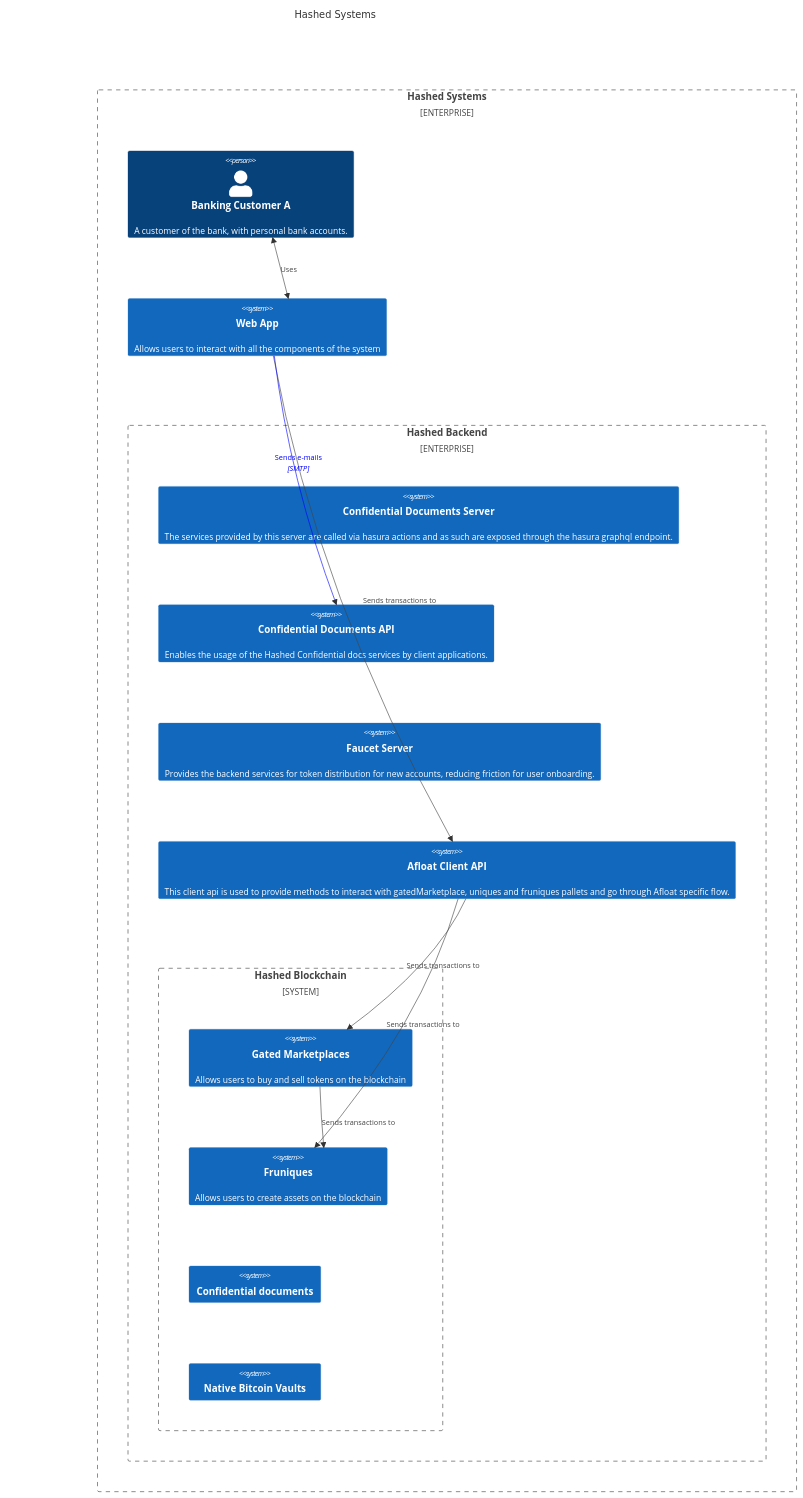
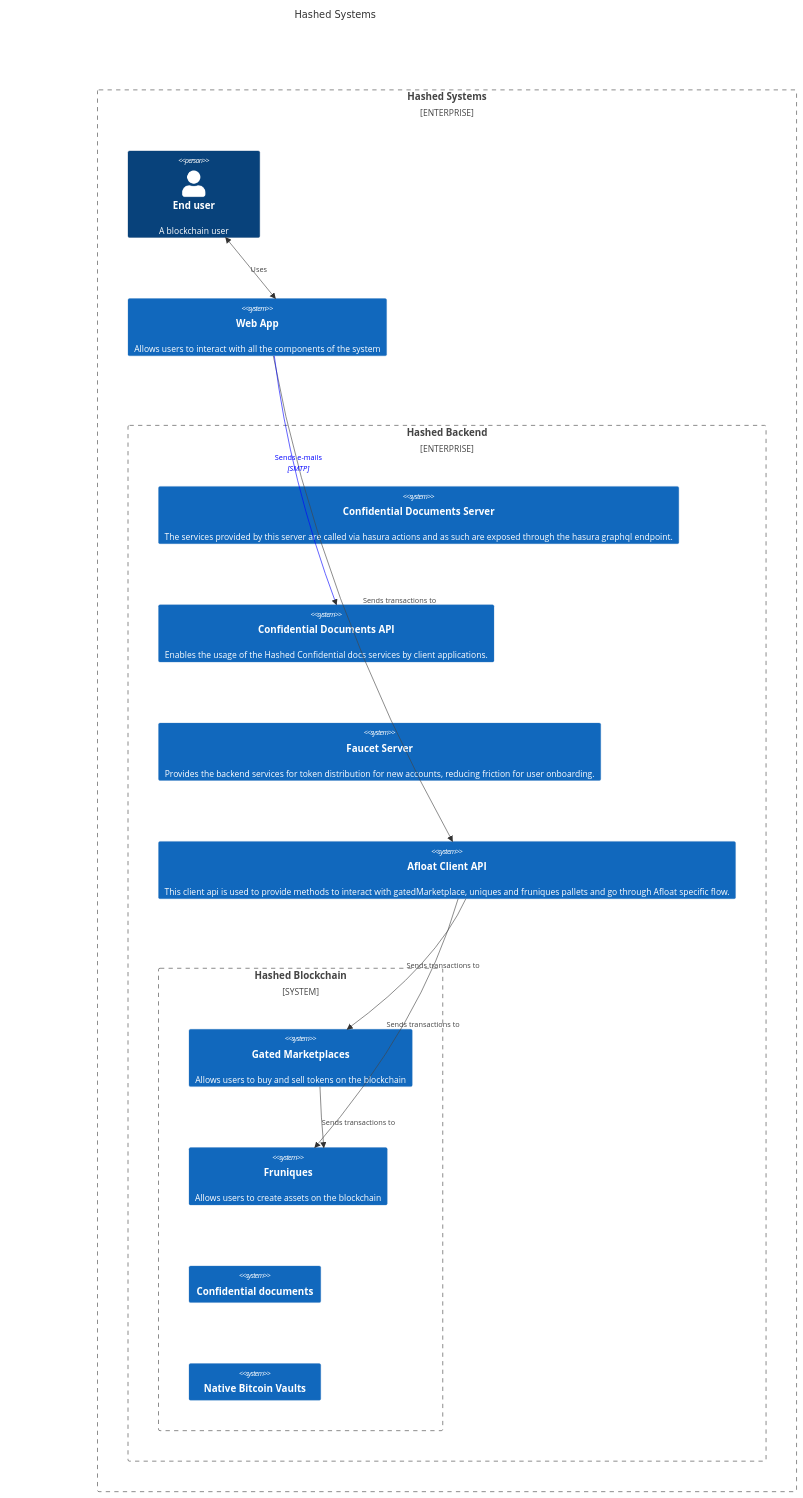
One commit to hashed-io/docs.hashed.network changed the diagram in docs/general_architecture.md. Above: the diagram before and after it, drawn with Mermaid.

Commit message:
Update name of docs

````diff
--- a/docs/general_architecture.md
+++ b/docs/general_architecture.md
@@ -8,43 +8,43 @@
 ```mermaid
     C4Context
       title Hashed Systems
       Enterprise_Boundary(b0, "Hashed Systems") {
-        Person(customerA, "Banking Customer A", "A customer of the bank, with personal bank accounts.")
+        Person(customerA, "End user", "A blockchain user")
 
         System(WebApp, "Web App", "Allows users to interact with all the components of the system")
 
         Enterprise_Boundary(b1, "Hashed Backend") {
 
           System(ConfidentialDocumentsServer, "Confidential Documents Server", "The services provided by this server are called via hasura actions and as such are exposed through the hasura graphql endpoint.")
 
           System(ConfidentialDocumentsAPI, "Confidential Documents API", "Enables the usage of the Hashed Confidential docs services by client applications.")
 
           System(FaucetServer, "Faucet Server", "Provides the backend services for token distribution for new accounts, reducing friction for user onboarding.")
 
           System(AfloatClientAPI, "Afloat Client API", "This client api is used to provide methods to interact with gatedMarketplace, uniques and fruniques pallets and go through Afloat specific flow.")
 
           System_Boundary(b2, "Hashed Blockchain") {
             System(GatedMarketplace, "Gated Marketplaces", "Allows users to buy and sell tokens on the blockchain")
             System(FruniquesPallet, "Fruniques", "Allows users to create assets on the blockchain")
             System(ConfidentialDocuments, "Confidential documents")
             System(NativeBitcoinVaults, "Native Bitcoin Vaults")
           }
 
         }
       }
 
       BiRel(customerA, WebApp, "Uses")
 
       Rel(WebApp, AfloatClientAPI, "Sends transactions to")
       Rel(AfloatClientAPI, GatedMarketplace, "Sends transactions to")
       Rel(AfloatClientAPI, FruniquesPallet, "Sends transactions to")
 
       Rel(WebApp, ConfidentialDocumentsAPI, "Sends e-mails", "SMTP")
       Rel(GatedMarketplace, FruniquesPallet, "<br>Sends transactions to")
 
       UpdateRelStyle(WebApp, SystemE, $textColor="blue", $lineColor="blue", $offsetY="-10")
       UpdateRelStyle(WebApp, ConfidentialDocumentsAPI, $textColor="blue", $lineColor="blue", $offsetY="-40", $offsetX="-50")
 
       UpdateLayoutConfig($c4ShapeInRow="2", $c4BoundaryInRow="1")
 
 ```
````
